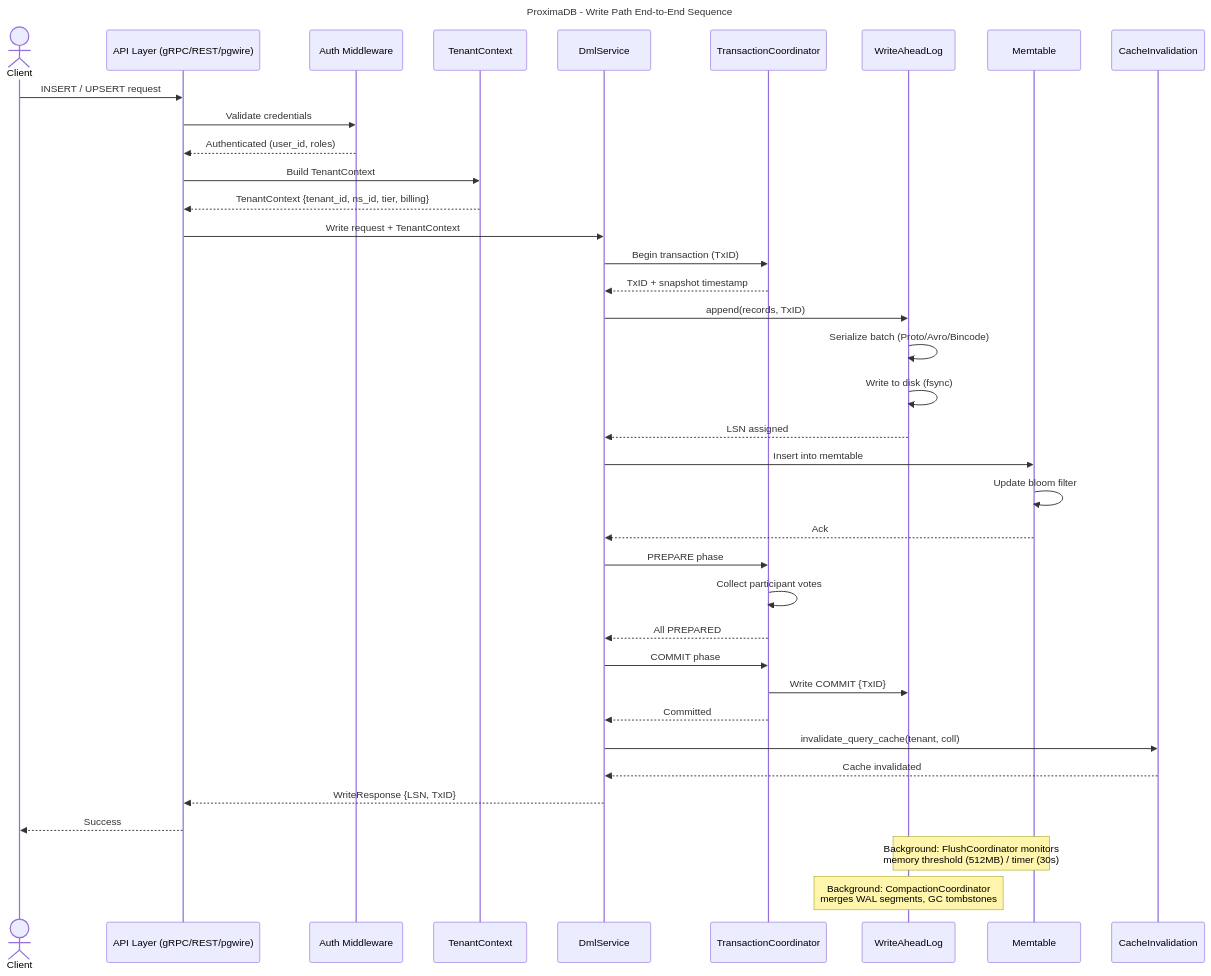
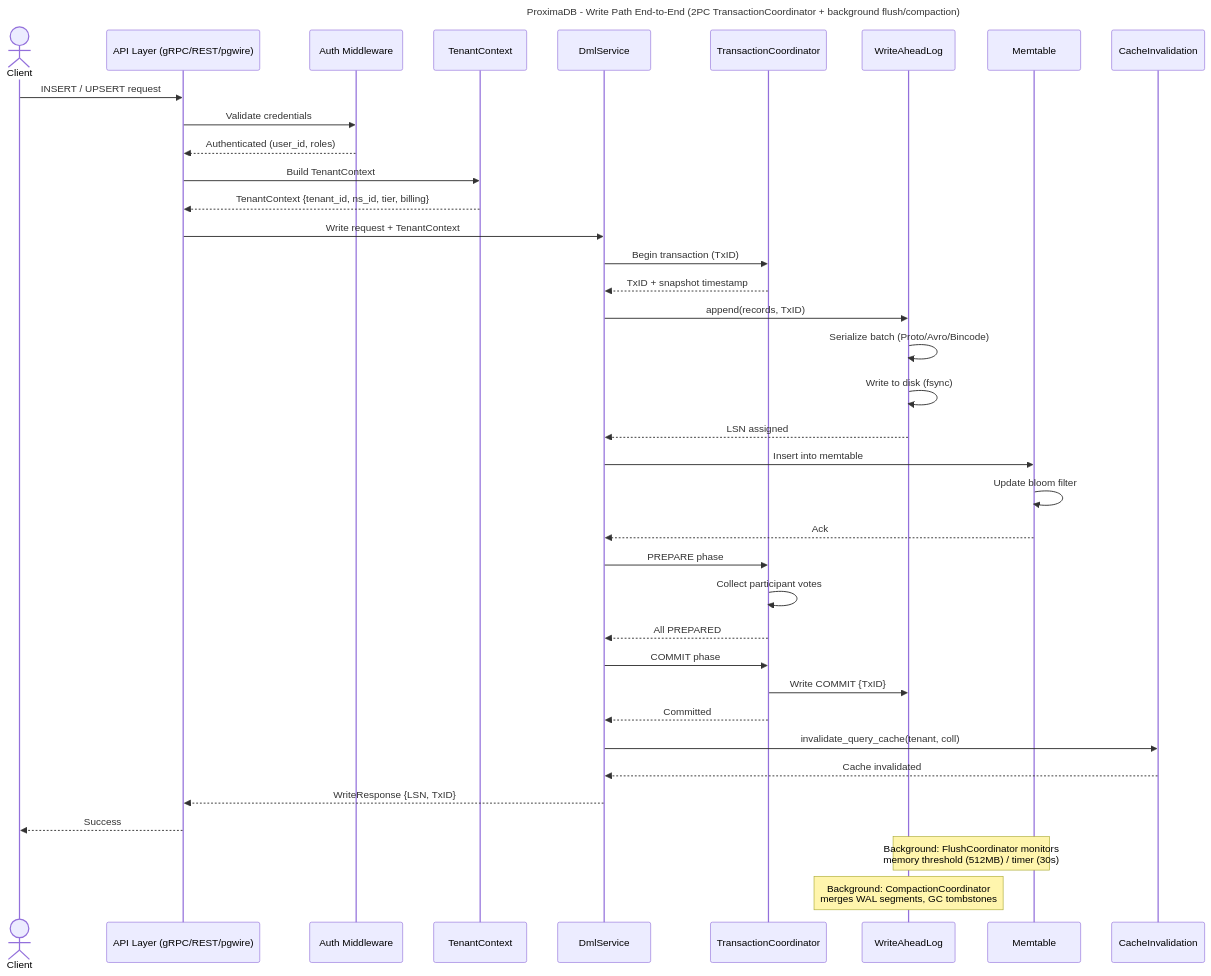
The diagram in docs/architecture-diagrams/03-storage-layer/09-write-path-e2e-sequence.mermaid (vjsingh1984/proximaDB), drawn with Mermaid before and after one commit. The commit also changed 16 other files, not shown here.

```diff
--- a/docs/architecture-diagrams/03-storage-layer/09-write-path-e2e-sequence.mermaid
+++ b/docs/architecture-diagrams/03-storage-layer/09-write-path-e2e-sequence.mermaid
@@ -1,49 +1,49 @@
 ---
-title: ProximaDB - Write Path End-to-End Sequence
+title: ProximaDB - Write Path End-to-End (2PC TransactionCoordinator + background flush/compaction)
 ---
 sequenceDiagram
     actor Client
     participant API as API Layer (gRPC/REST/pgwire)
     participant Auth as Auth Middleware
     participant Tenant as TenantContext
     participant DML as DmlService
     participant TX as TransactionCoordinator
     participant WAL as WriteAheadLog
     participant Mem as Memtable
     participant Cache as CacheInvalidation
 
     Client->>API: INSERT / UPSERT request
     API->>Auth: Validate credentials
     Auth-->>API: Authenticated (user_id, roles)
     API->>Tenant: Build TenantContext
     Tenant-->>API: TenantContext {tenant_id, ns_id, tier, billing}
     API->>DML: Write request + TenantContext
 
     DML->>TX: Begin transaction (TxID)
     TX-->>DML: TxID + snapshot timestamp
 
     DML->>WAL: append(records, TxID)
     WAL->>WAL: Serialize batch (Proto/Avro/Bincode)
     WAL->>WAL: Write to disk (fsync)
     WAL-->>DML: LSN assigned
 
     DML->>Mem: Insert into memtable
     Mem->>Mem: Update bloom filter
     Mem-->>DML: Ack
 
     DML->>TX: PREPARE phase
     TX->>TX: Collect participant votes
     TX-->>DML: All PREPARED
 
     DML->>TX: COMMIT phase
     TX->>WAL: Write COMMIT {TxID}
     TX-->>DML: Committed
 
     DML->>Cache: invalidate_query_cache(tenant, coll)
     Cache-->>DML: Cache invalidated
 
     DML-->>API: WriteResponse {LSN, TxID}
     API-->>Client: Success
 
     Note over WAL,Mem: Background: FlushCoordinator monitors<br/>memory threshold (512MB) / timer (30s)
     Note over WAL: Background: CompactionCoordinator<br/>merges WAL segments, GC tombstones
```
